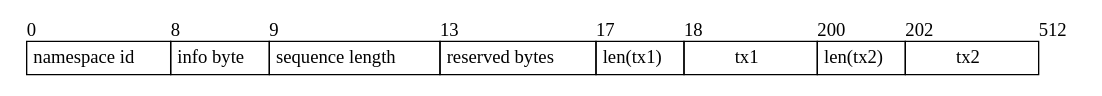
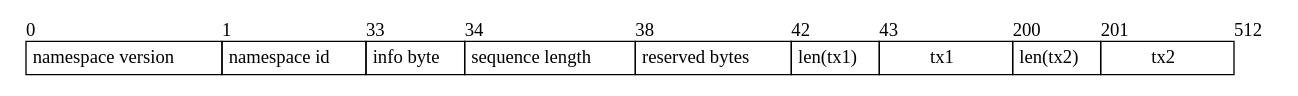
The diagram in specs/src/specs/figures/compact_start_share.dot (celestiaorg/celestia-app), drawn with Graphviz before and after one commit. The commit also changed 8 other files, not shown here.

```diff
--- a/specs/src/specs/figures/compact_start_share.dot
+++ b/specs/src/specs/figures/compact_start_share.dot
@@ -1,29 +1,31 @@
 digraph G {
     node [shape = record, penwidth = 0];
 
     share [label=<
     <table border="0" cellborder="1" cellspacing="0">
         <tr>
             <td align="left" border="0" cellpadding="0">0</td>
-            <td align="left" border="0" cellpadding="0">8</td>
-            <td align="left" border="0" cellpadding="0">9</td>
-            <td align="left" border="0" cellpadding="0">13</td>
-            <td align="left" border="0" cellpadding="0">17</td>
-            <td align="left" border="0" cellpadding="0">18</td>
+            <td align="left" border="0" cellpadding="0">1</td>
+            <td align="left" border="0" cellpadding="0">33</td>
+            <td align="left" border="0" cellpadding="0">34</td>
+            <td align="left" border="0" cellpadding="0">38</td>
+            <td align="left" border="0" cellpadding="0">42</td>
+            <td align="left" border="0" cellpadding="0">43</td>
             <td align="left" border="0" cellpadding="0">200</td>
-            <td align="left" border="0" cellpadding="0">202</td>
+            <td align="left" border="0" cellpadding="0">201</td>
             <td align="left" border="0" cellpadding="0">512</td>
         </tr>
         <tr>
+            <td width="8" cellpadding="4">namespace version</td>
             <td width="8" cellpadding="4">namespace id</td>
             <td width="1" cellpadding="4">info byte</td>
             <td width="4" cellpadding="4">sequence length</td>
             <td width="4" cellpadding="4">reserved bytes</td>
             <td width="2" cellpadding="4">len(tx1)</td>
             <td width="100" cellpadding="4">tx1</td>
             <td width="2" cellpadding="4">len(tx2)</td>
             <td width="100" cellpadding="4">tx2</td>
         </tr>
     </table>
     >];
 }
```
